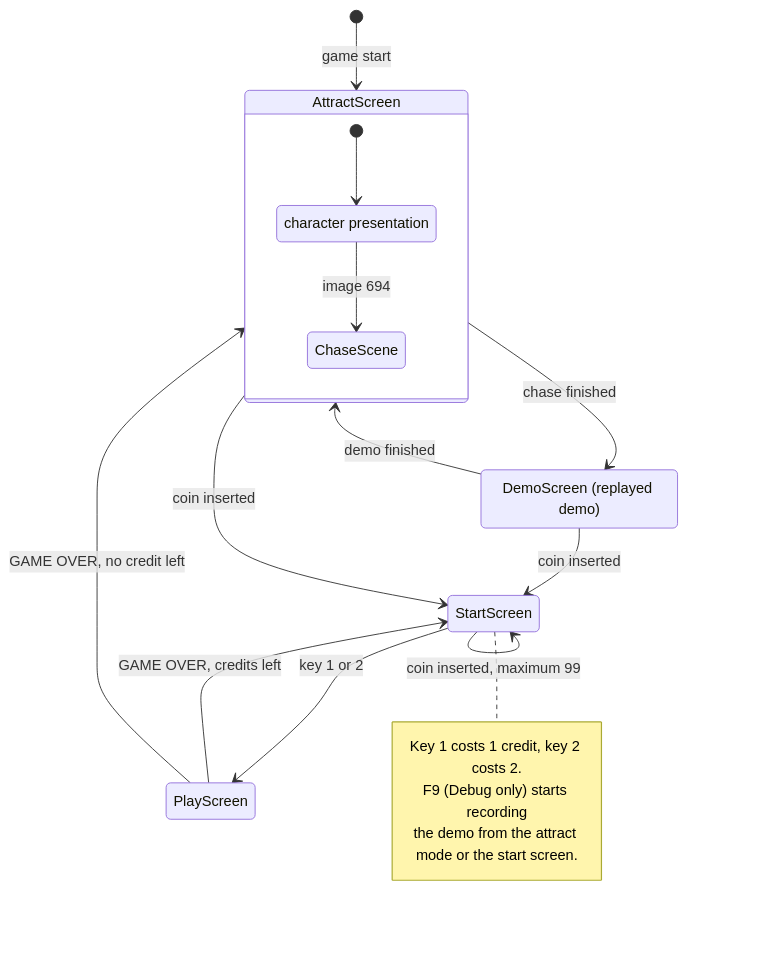
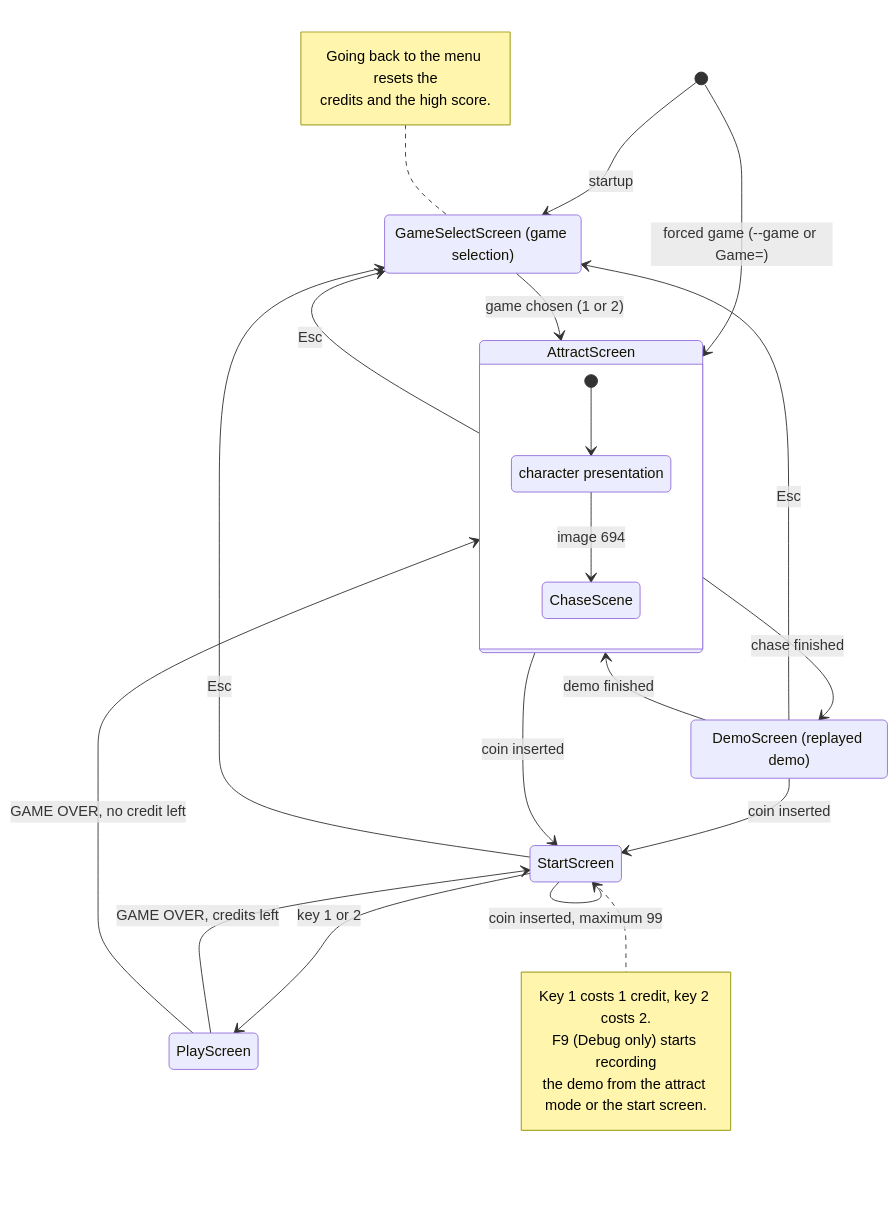
One commit to Telev78/pacman changed diagram 12 of 31 in docs/Pacman_UML_and_State_Diagrams_EN.md. Above: the diagram before and after it, drawn with Mermaid. The commit also changed other lines of this file and 173 other files, not shown here.

````diff
--- a/docs/Pacman_UML_and_State_Diagrams_EN.md
+++ b/docs/Pacman_UML_and_State_Diagrams_EN.md
@@ -842,26 +1112,36 @@
 ```mermaid
 stateDiagram-v2
-  [*] --> Attract : game start
+  [*] --> Menu : startup
+  [*] --> Attract : forced game (--game or Game=)
   state "AttractScreen" as Attract {
     [*] --> Presentation
     Presentation --> Chase : image 694
     Presentation : character presentation
     Chase : ChaseScene
   }
   state "DemoScreen (replayed demo)" as Demo
   state "StartScreen" as Start
   state "PlayScreen" as Play
+  state "GameSelectScreen (game selection)" as Menu
+  Menu --> Attract : game chosen (1 or 2)
+  Attract --> Menu : Esc
+  Demo --> Menu : Esc
+  Start --> Menu : Esc
   Attract --> Demo : chase finished
   Demo --> Attract : demo finished
   Attract --> Start : coin inserted
   Demo --> Start : coin inserted
   Start --> Start : coin inserted, maximum 99
   Start --> Play : key 1 or 2
   Play --> Start : GAME OVER, credits left
   Play --> Attract : GAME OVER, no credit left
   note right of Start
     Key 1 costs 1 credit, key 2 costs 2.
     F9 (Debug only) starts recording
     the demo from the attract mode or the start screen.
   end note
+  note left of Menu
+    Going back to the menu resets the
+    credits and the high score.
+  end note
 ```
````
